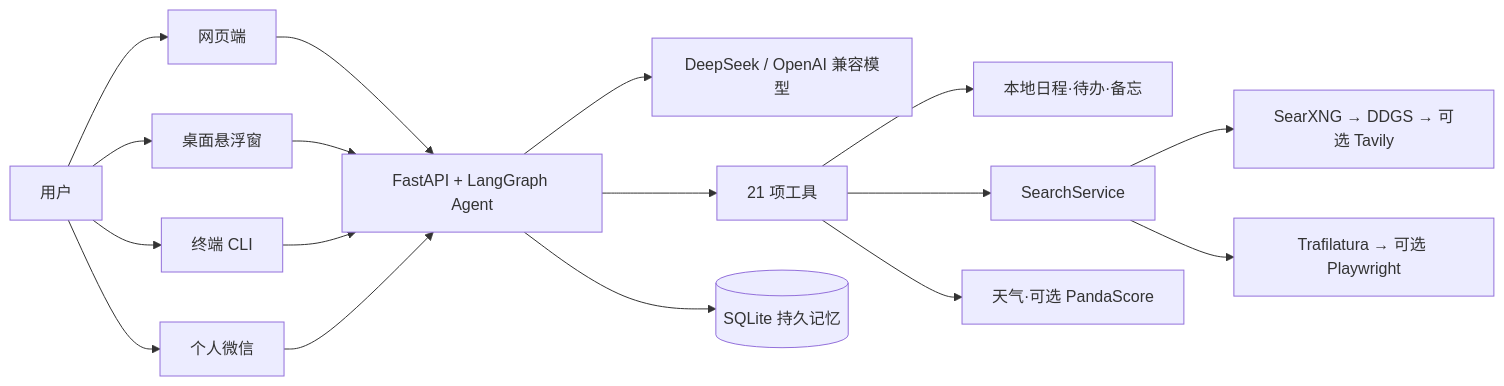
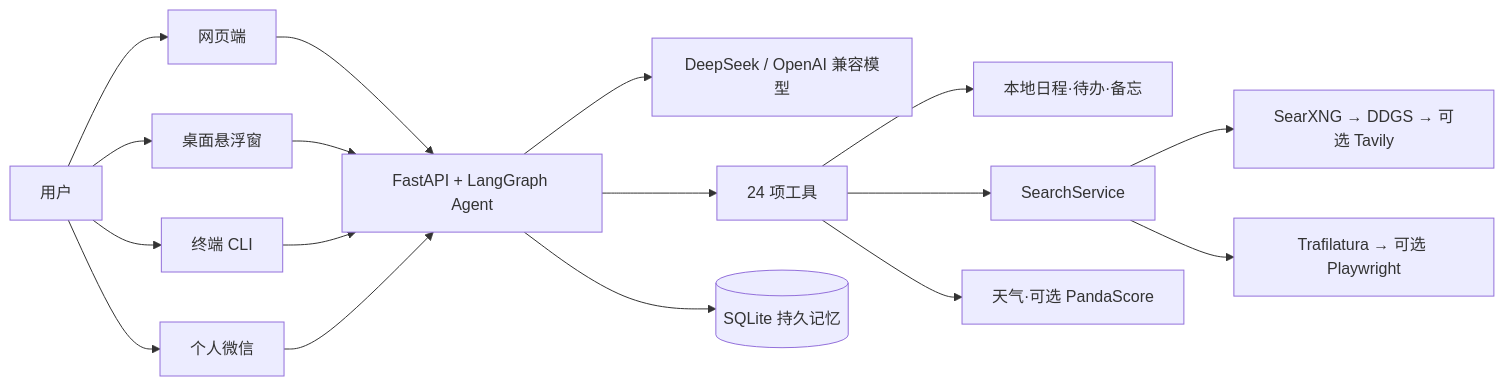
The diagram in README.md (123akw/jarvis), drawn with Mermaid before and after one commit. The commit also changed other lines of this file and 60 other files, not shown here.

````diff
--- a/README.md
+++ b/README.md
@@ -151,16 +153,16 @@
 ```mermaid
 flowchart LR
   U[用户] --> W[网页端]
   U --> D[桌面悬浮窗]
   U --> C[终端 CLI]
   U --> X[个人微信]
   W & D & C & X --> A[FastAPI + LangGraph Agent]
   A --> M[DeepSeek / OpenAI 兼容模型]
-  A --> T[21 项工具]
+  A --> T[24 项工具]
   A --> S[(SQLite 持久记忆)]
   T --> L[本地日程·待办·备忘]
   T --> Q[SearchService]
   Q --> P[SearXNG → DDGS → 可选 Tavily]
   Q --> R[Trafilatura → 可选 Playwright]
   T --> E[天气·可选 PandaScore]
 ```
````
